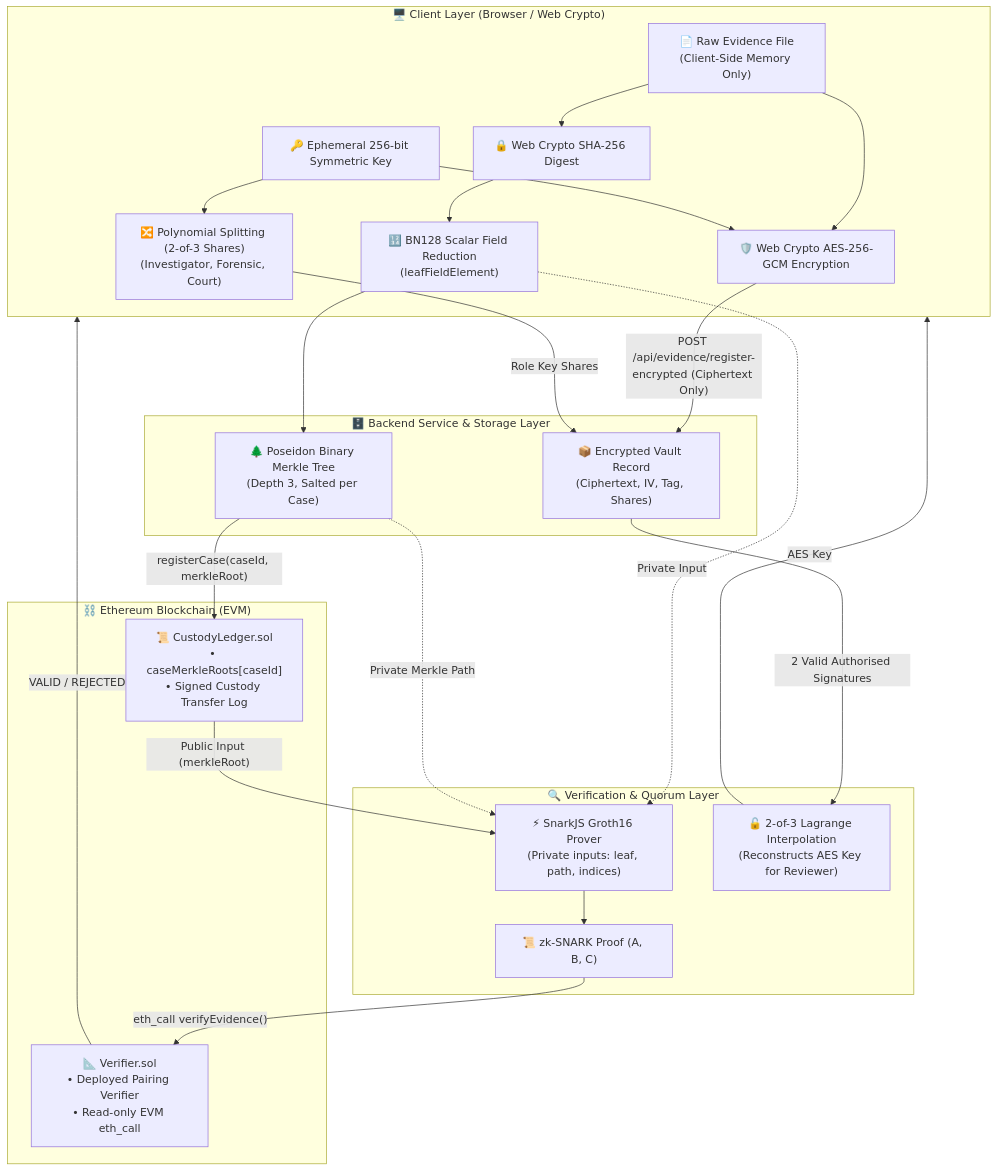
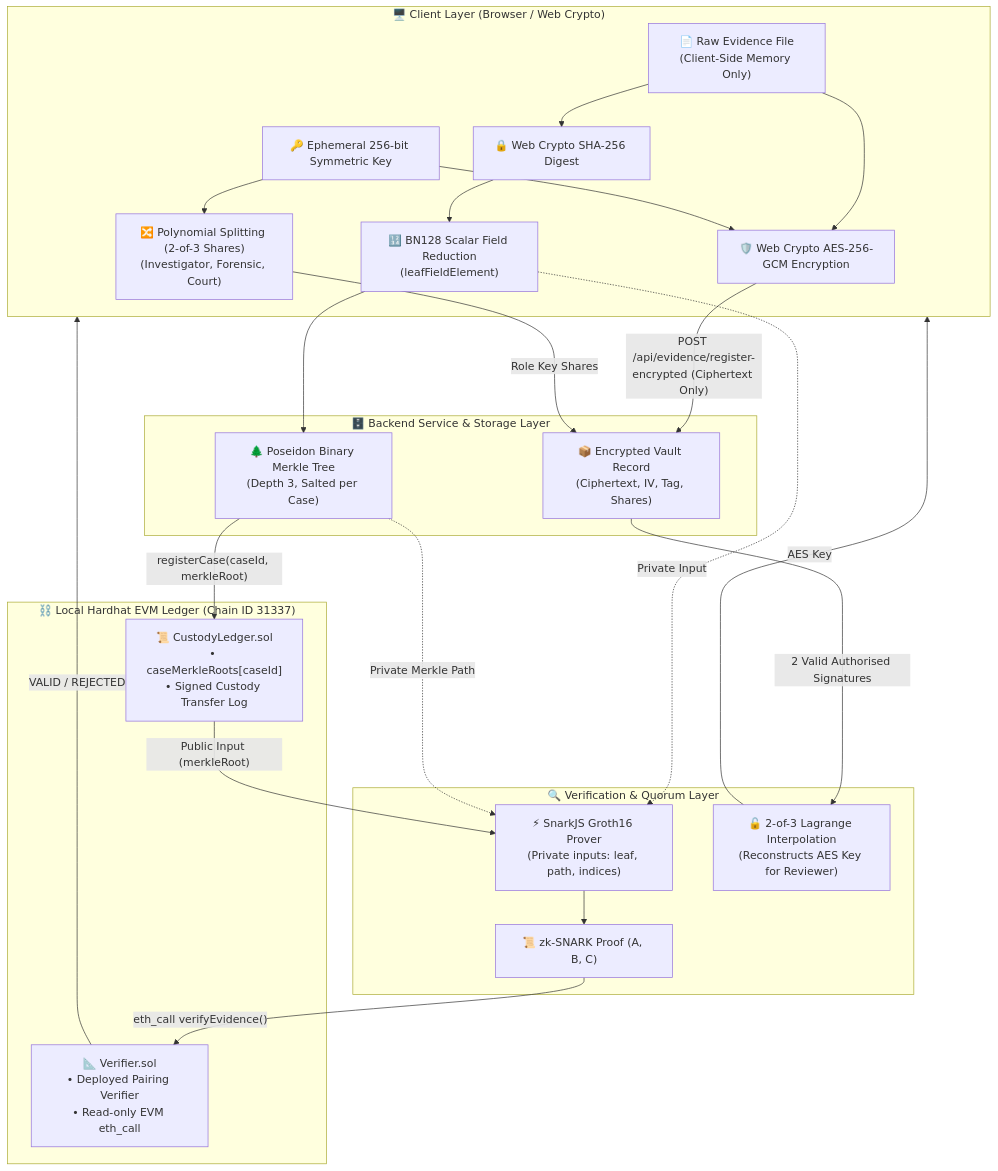
Before and after one commit to Mohanapriya-sparks/LexVault: the diagram in docs/ARCHITECTURE.md, drawn with Mermaid. The commit also changed other lines of this file and 25 other files, not shown here.

````diff
--- a/docs/ARCHITECTURE.md
+++ b/docs/ARCHITECTURE.md
@@ -9,48 +9,48 @@
 ```mermaid
 flowchart TD
     subgraph Client["🖥️ Client Layer (Browser / Web Crypto)"]
         Raw["📄 Raw Evidence File<br/>(Client-Side Memory Only)"]
         SHA["🔒 Web Crypto SHA-256 Digest"]
         FieldScalar["🔢 BN128 Scalar Field Reduction<br/>(leafFieldElement)"]
         AESKey["🔑 Ephemeral 256-bit Symmetric Key"]
         ShamirSplit["🔀 Polynomial Splitting (2-of-3 Shares)<br/>(Investigator, Forensic, Court)"]
         AESEnc["🛡️ Web Crypto AES-256-GCM Encryption"]
     end
 
     subgraph Storage["🗄️ Backend Service & Storage Layer"]
         VaultStore["📦 Encrypted Vault Record<br/>(Ciphertext, IV, Tag, Shares)"]
         MerkleTree["🌲 Poseidon Binary Merkle Tree<br/>(Depth 3, Salted per Case)"]
     end
 
-    subgraph Blockchain["⛓️ Ethereum Blockchain (EVM)"]
+    subgraph Blockchain["⛓️ Local Hardhat EVM Ledger (Chain ID 31337)"]
         Ledger["📜 CustodyLedger.sol<br/>• caseMerkleRoots[caseId]<br/>• Signed Custody Transfer Log"]
         Verifier["📐 Verifier.sol<br/>• Deployed Pairing Verifier<br/>• Read-only EVM eth_call"]
     end
 
     subgraph Verification["🔍 Verification & Quorum Layer"]
         SnarkJS["⚡ SnarkJS Groth16 Prover<br/>(Private inputs: leaf, path, indices)"]
         Proof["📜 zk-SNARK Proof (A, B, C)"]
         Lagrange["🔓 2-of-3 Lagrange Interpolation<br/>(Reconstructs AES Key for Reviewer)"]
     end
 
     Raw --> SHA --> FieldScalar
     Raw --> AESEnc
     AESKey --> AESEnc
     AESKey --> ShamirSplit
     
     AESEnc -->|"POST /api/evidence/register-encrypted (Ciphertext Only)"| VaultStore
     ShamirSplit -->|"Role Key Shares"| VaultStore
     FieldScalar --> MerkleTree
     
     MerkleTree -->|"registerCase(caseId, merkleRoot)"| Ledger
     
     FieldScalar -.->|"Private Input"| SnarkJS
     MerkleTree -.->|"Private Merkle Path"| SnarkJS
     Ledger -->|"Public Input (merkleRoot)"| SnarkJS
     SnarkJS --> Proof
     Proof -->|"eth_call verifyEvidence()"| Verifier
     Verifier -->|"VALID / REJECTED"| Client
 
     VaultStore -->|"2 Valid Authorised Signatures"| Lagrange
     Lagrange -->|"AES Key"| Client
 ```
````
